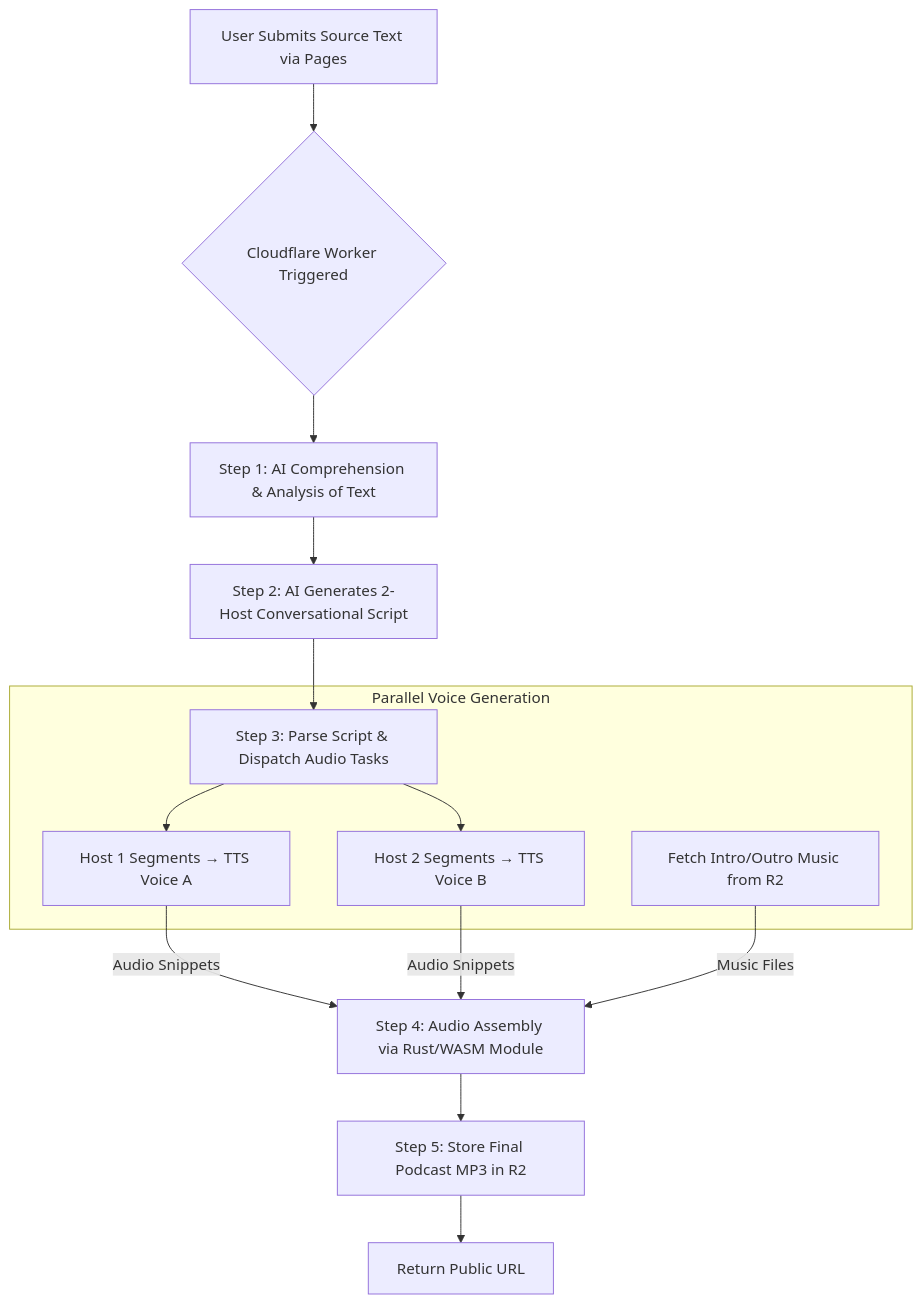
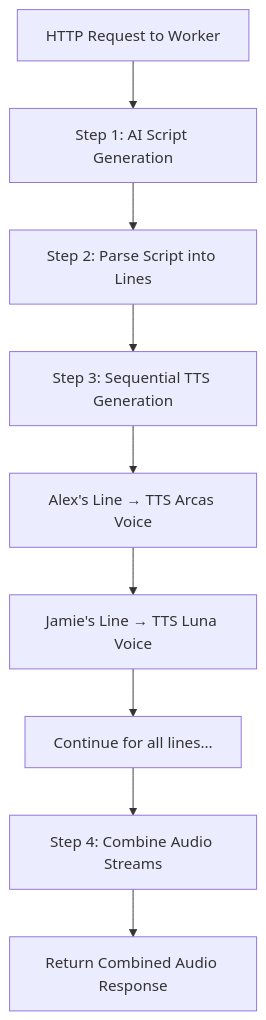
Before and after one commit to eliperez-dev/cf_ai_theairoundtable: the diagram in readme.md, drawn with Mermaid. The commit also changed other lines of this file and 2 other files, not shown here.

````diff
--- a/readme.md
+++ b/readme.md
@@ -29,20 +31,13 @@
 ```mermaid
 graph TD
-    A[User Submits Source Text via Pages] --> B{Cloudflare Worker Triggered};
-    B --> C[Step 1: AI Comprehension & Analysis of Text];
-    C --> D[Step 2: AI Generates 2-Host Conversational Script];
-    D --> E[Step 3: Parse Script & Dispatch Audio Tasks];
-
-    subgraph "Parallel Voice Generation"
-        E --> H1[Host 1 Segments → TTS Voice A];
-        E --> H2[Host 2 Segments → TTS Voice B];
-        F[Fetch Intro/Outro Music from R2];
-    end
-
-    H1 -- Audio Snippets --> G;
-    H2 -- Audio Snippets --> G;
-    F -- Music Files --> G[Step 4: Audio Assembly via Rust/WASM Module];
-
-    G --> H[Step 5: Store Final Podcast MP3 in R2];
-    H --> I[Return Public URL];
+    A[HTTP Request to Worker] --> B[Step 1: AI Script Generation];
+    B --> C[Step 2: Parse Script into Lines];
+    C --> D[Step 3: Sequential TTS Generation];
+    
+    D --> E1[Alex's Line → TTS Arcas Voice];
+    E1 --> E2[Jamie's Line → TTS Luna Voice];
+    E2 --> E3[Continue for all lines...];
+    
+    E3 --> F[Step 4: Combine Audio Streams];
+    F --> G[Return Combined Audio Response];
 ```
````
